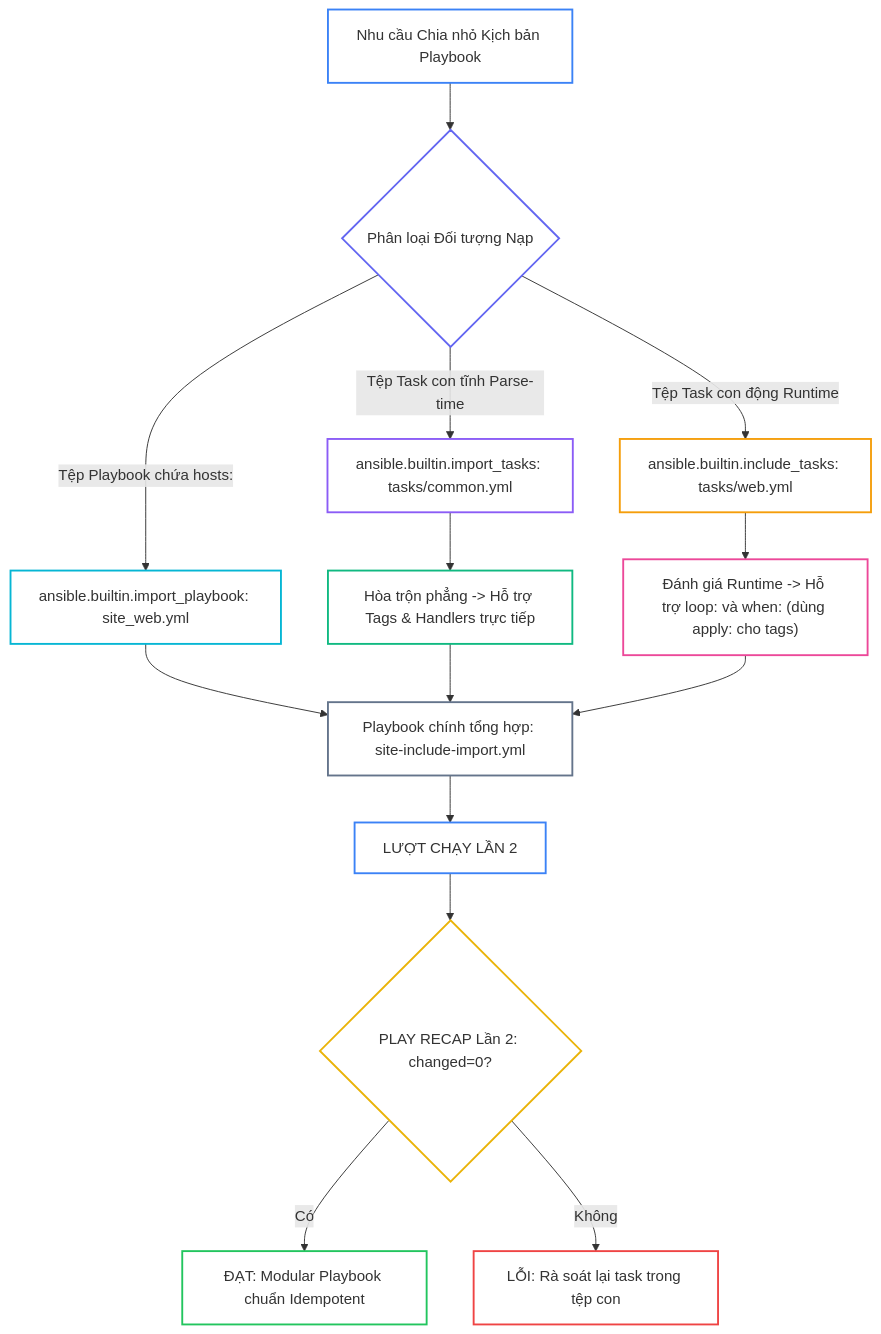
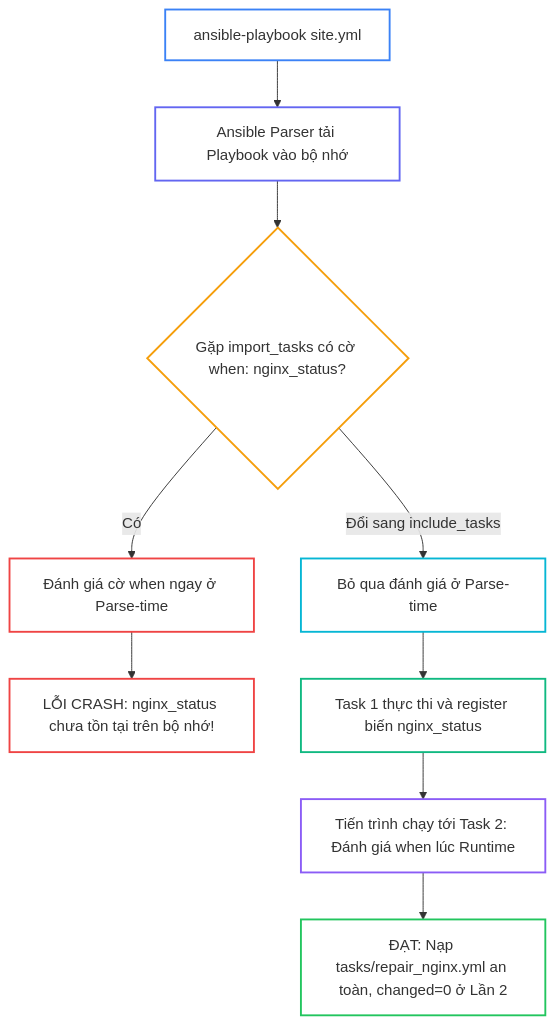
Before and after one commit to kiennt308/ntk: the second of 3 diagrams in _posts/2026-09-13-ansible-18-18-include-import.md, drawn with Mermaid. The commit also changed other lines of this file and 30 other files, not shown here.

````diff
--- a/_posts/2026-09-13-ansible-18-18-include-import.md
+++ b/_posts/2026-09-13-ansible-18-18-include-import.md
@@ -325,33 +209,22 @@
 ```mermaid
 flowchart TD
-    A["Nhu cầu Chia nhỏ Kịch bản Playbook"] --> B{"Phân loại Đối tượng Nạp"}
+    A["ansible-playbook site.yml"] --> B["Ansible Parser tải Playbook vào bộ nhớ"]
+    B --> C{"Gặp import_tasks có cờ when: nginx_status?"}
+    C -->|"Có"| D["Đánh giá cờ when ngay ở Parse-time"]
+    D --> E["LỖI CRASH: nginx_status chưa tồn tại trên bộ nhớ!"]
     
-    B -->|"Tệp Playbook chứa hosts:"| C["ansible.builtin.import_playbook: site_web.yml"]
-    B -->|"Tệp Task con tĩnh Parse-time"| D["ansible.builtin.import_tasks: tasks/common.yml"]
-    B -->|"Tệp Task con động Runtime"| E["ansible.builtin.include_tasks: tasks/web.yml"]
-    
-    D --> F["Hòa trộn phẳng -> Hỗ trợ Tags & Handlers trực tiếp"]
-    E --> G["Đánh giá Runtime -> Hỗ trợ loop: và when: (dùng apply: cho tags)"]
-    
-    C --> H["Playbook chính tổng hợp: site-include-import.yml"]
-    F --> H
-    G --> H
-    
-    H --> I["LƯỢT CHẠY LẦN 2"]
-    I --> J{"PLAY RECAP Lần 2: changed=0?"}
-    J -->|"Có"| K["ĐẠT: Modular Playbook chuẩn Idempotent"]
-    J -->|"Không"| L["LỖI: Rà soát lại task trong tệp con"]
+    C -->|"Đổi sang include_tasks"| F["Bỏ qua đánh giá ở Parse-time"]
+    F --> G["Task 1 thực thi và register biến nginx_status"]
+    G --> H["Tiến trình chạy tới Task 2: Đánh giá when lúc Runtime"]
+    H --> I["ĐẠT: Nạp tasks/repair_nginx.yml an toàn, changed=0 ở Lần 2"]
 
     style A fill:none,stroke:#3b82f6,stroke-width:2px
     style B fill:none,stroke:#6366f1,stroke-width:2px
-    style C fill:none,stroke:#06b6d4,stroke-width:2px
-    style D fill:none,stroke:#8b5cf6,stroke-width:2px
-    style E fill:none,stroke:#f59e0b,stroke-width:2px
-    style F fill:none,stroke:#10b981,stroke-width:2px
-    style G fill:none,stroke:#ec4899,stroke-width:2px
-    style H fill:none,stroke:#64748b,stroke-width:2px
-    style I fill:none,stroke:#3b82f6,stroke-width:2px
-    style J fill:none,stroke:#eab308,stroke-width:2px
-    style K fill:none,stroke:#22c55e,stroke-width:2px
-    style L fill:none,stroke:#ef4444,stroke-width:2px
+    style C fill:none,stroke:#f59e0b,stroke-width:2px
+    style D fill:none,stroke:#ef4444,stroke-width:2px
+    style E fill:none,stroke:#ef4444,stroke-width:2px
+    style F fill:none,stroke:#06b6d4,stroke-width:2px
+    style G fill:none,stroke:#10b981,stroke-width:2px
+    style H fill:none,stroke:#8b5cf6,stroke-width:2px
+    style I fill:none,stroke:#22c55e,stroke-width:2px
 ```
````
